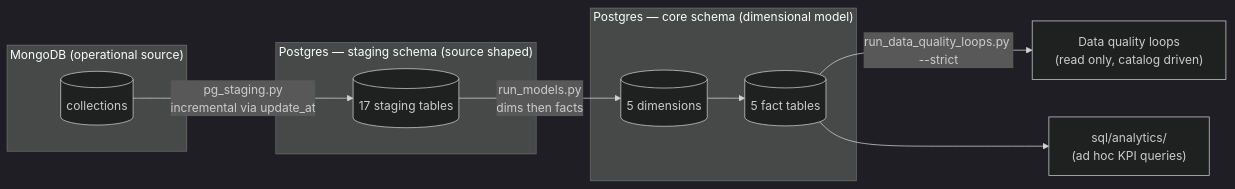
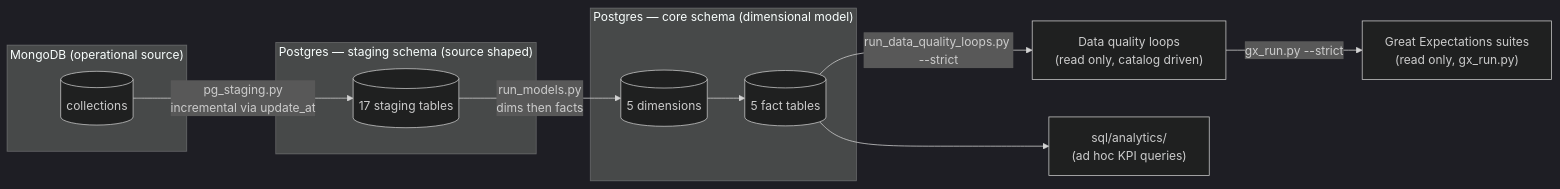
The first of 6 diagrams in docs/Schema.md (Nitinx12/Data-Modelling), drawn with Mermaid (dark theme) before and after one commit. The commit also changed 21 other files, not shown here.

First line of the commit message:
feat(quality): add Great Expectations gate to the pipeline

````diff
--- a/docs/Schema.md
+++ b/docs/Schema.md
@@ -29,24 +29,26 @@
 ```mermaid
 flowchart LR
     subgraph SRC["MongoDB (operational source)"]
         M1[(collections)]
     end
 
     subgraph STG["Postgres — staging schema (source shaped)"]
         S1[(17 staging tables)]
     end
 
     subgraph CORE["Postgres — core schema (dimensional model)"]
         D1[(5 dimensions)]
         F1[(5 fact tables)]
     end
 
     DQ["Data quality loops<br/>(read only, catalog driven)"]
+    GX["Great Expectations suites<br/>(read only, gx_run.py)"]
     AN["sql/analytics/<br/>(ad hoc KPI queries)"]
 
     M1 -->|"pg_staging.py<br/>incremental via update_at"| S1
     S1 -->|"run_models.py<br/>dims then facts"| D1
     D1 --> F1
     F1 -->|"run_data_quality_loops.py --strict"| DQ
+    DQ -->|"gx_run.py --strict"| GX
     F1 --> AN
 ```
````
